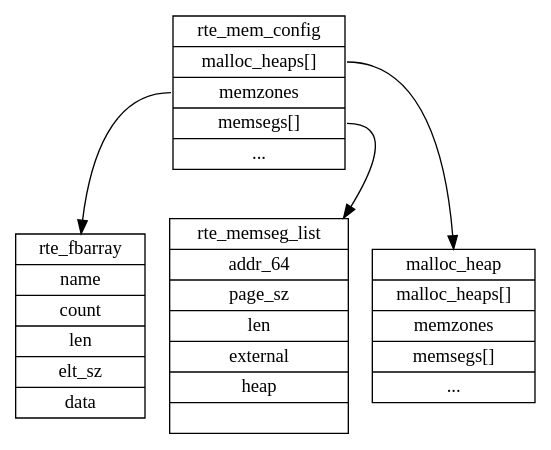
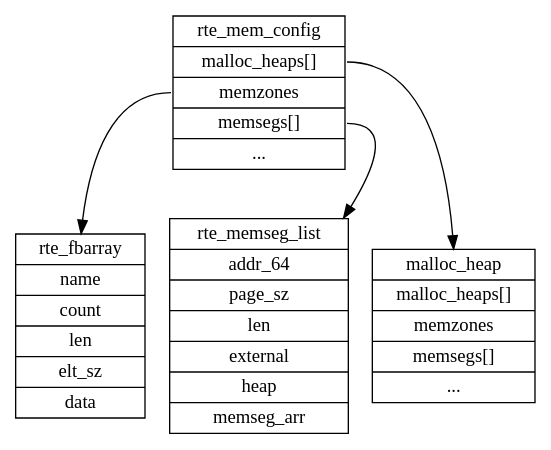
One commit to sisyphus1212/note changed the diagram in dpdk/内存管理.md. Above: the diagram before and after it, drawn with Graphviz.

Commit message:
auto_update

````diff
--- a/dpdk/内存管理.md
+++ b/dpdk/内存管理.md
@@ -16,50 +16,50 @@
 ```graphviz
 digraph {
 	rte_mem_config[
 		label = "{
 		<f0>rte_mem_config|
         <f1>malloc_heaps[]|
 		<f2>memzones|
 		<f3>memsegs[]|
 		<f4>...
 		}",
 		shape = "record"
 	];
 	rte_fbarray[
 		label = "{
 		rte_fbarray|
         name|
 		count|
 		len|
 		elt_sz|
 		data
 		}",
 		shape = "record"
 	];
 	rte_memseg_list[
 		label = "{
 		<f0>rte_memseg_list|
 		<f1>addr_64|
 		<f2>page_sz|
 		<f3>len|
 		<f4>external|
 		<f5>heap |
-		<f6>
+		<f6>memseg_arr
 		}",
 		shape = "record"
 	];
 	malloc_heap[
 		label = "{
 		malloc_heap|
         malloc_heaps[]|
 		memzones|
 		memsegs[]|
 		...
 		}",
 		shape = "record"
 	];
 	rte_mem_config:f1 -> malloc_heap
 	rte_mem_config:f2 -> rte_fbarray
 	rte_mem_config:f3 -> rte_memseg_list
 }
 ```
````
